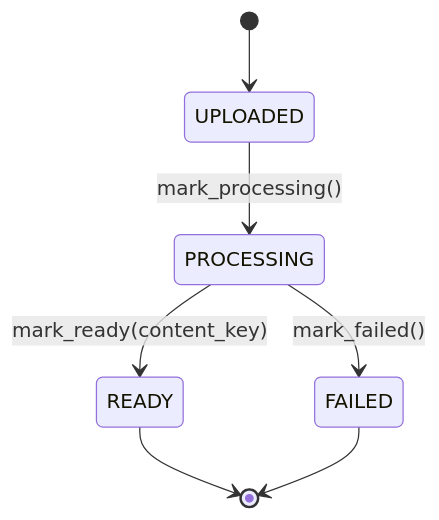
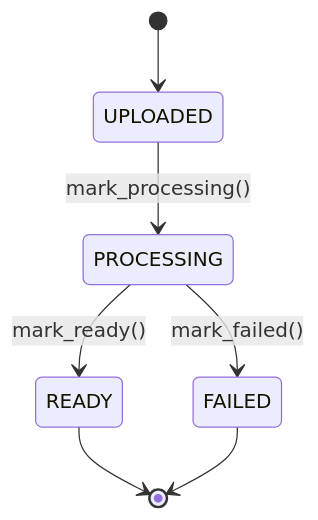
The diagram in docs/adr/002-document-status-state-machine.md (jacogro13/Cicero), drawn with Mermaid before and after one commit. The commit also changed other lines of this file, not shown here.

Commit message:
docs: refine ADR-002 — content_key is a derived address, readiness is status

````diff
--- a/docs/adr/002-document-status-state-machine.md
+++ b/docs/adr/002-document-status-state-machine.md
@@ -26,9 +26,9 @@
 ```mermaid
 stateDiagram-v2
     [*] --> UPLOADED
     UPLOADED --> PROCESSING: mark_processing()
-    PROCESSING --> READY: mark_ready(content_key)
+    PROCESSING --> READY: mark_ready()
     PROCESSING --> FAILED: mark_failed()
     READY --> [*]
     FAILED --> [*]
 ```
````
